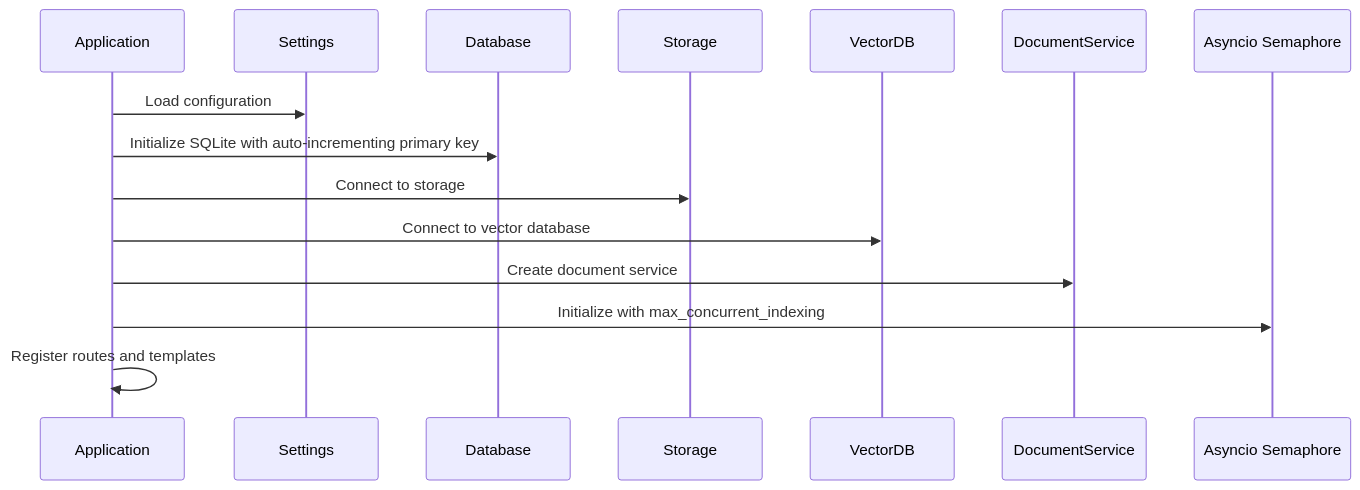
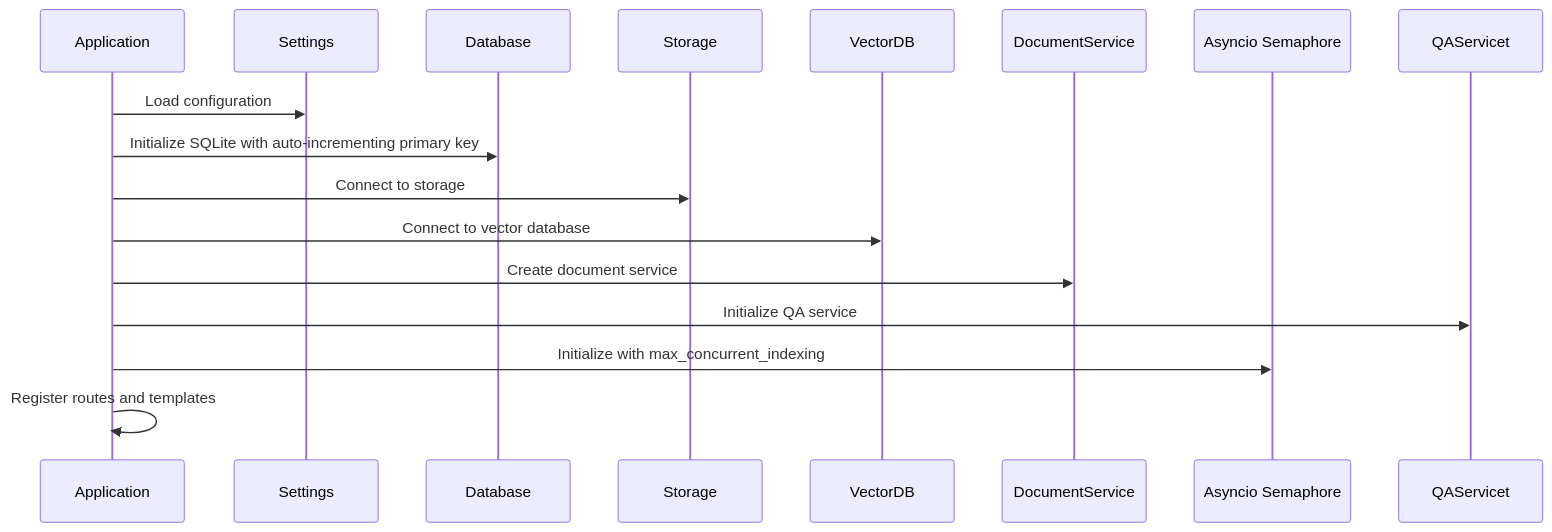
Before and after one commit to ognelis/cafetera_hr_bot: the second of 22 diagrams in .qoder/repowiki/en/content/Document Management System.md, drawn with Mermaid. The commit also changed other lines of this file and 6 other files, not shown here.

````diff
--- a/.qoder/repowiki/en/content/Document Management System.md
+++ b/.qoder/repowiki/en/content/Document Management System.md
@@ -185,17 +199,19 @@
 ```mermaid
 sequenceDiagram
 participant App as Application
 participant Config as Settings
 participant DB as Database
 participant S3 as Storage
 participant Qdrant as VectorDB
 participant Service as DocumentService
 participant Semaphore as Asyncio Semaphore
+participant QAService as QAServicet
 App->>Config : Load configuration
 App->>DB : Initialize SQLite with auto-incrementing primary key
 App->>S3 : Connect to storage
 App->>Qdrant : Connect to vector database
 App->>Service : Create document service
+App->>QAService : Initialize QA service
 App->>Semaphore : Initialize with max_concurrent_indexing
 App->>App : Register routes and templates
 ```
````
